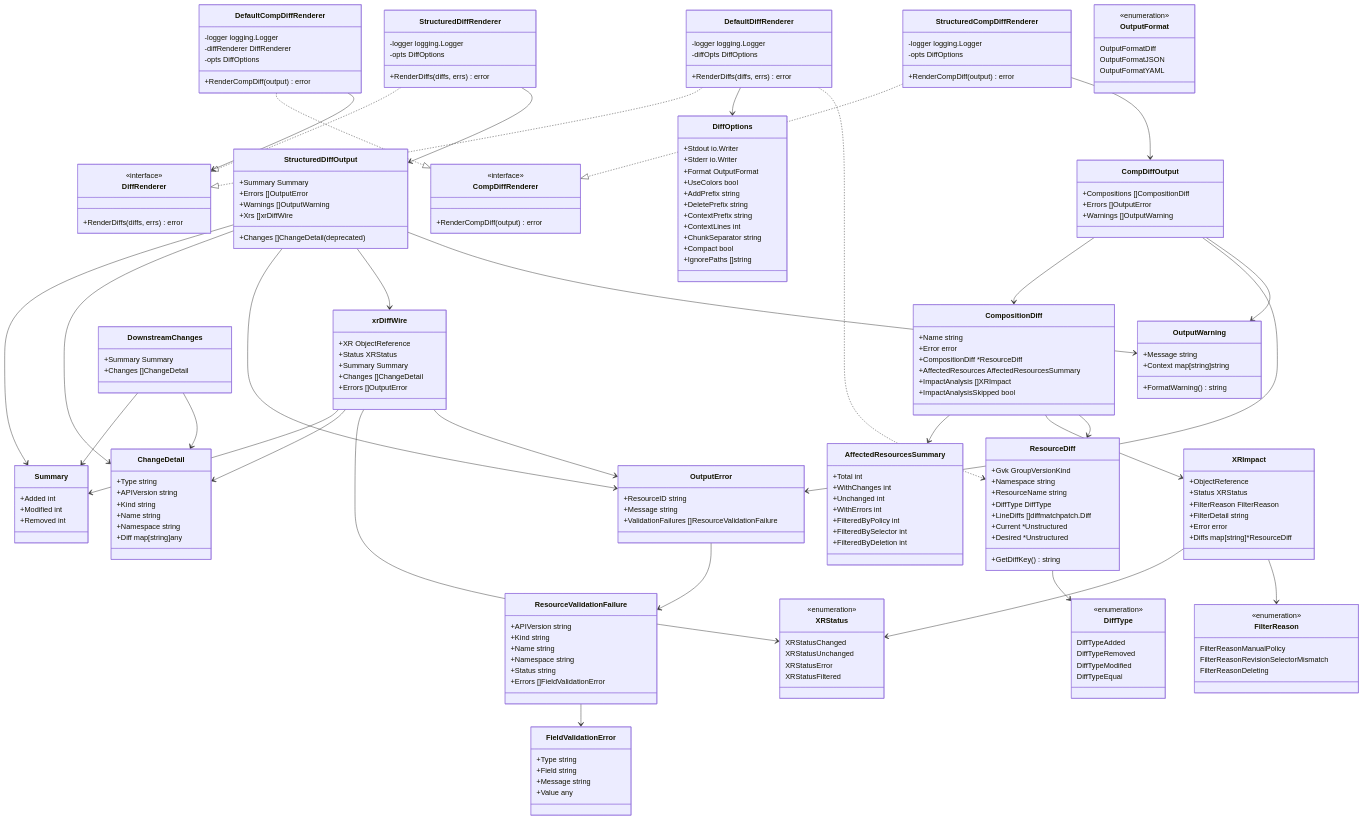
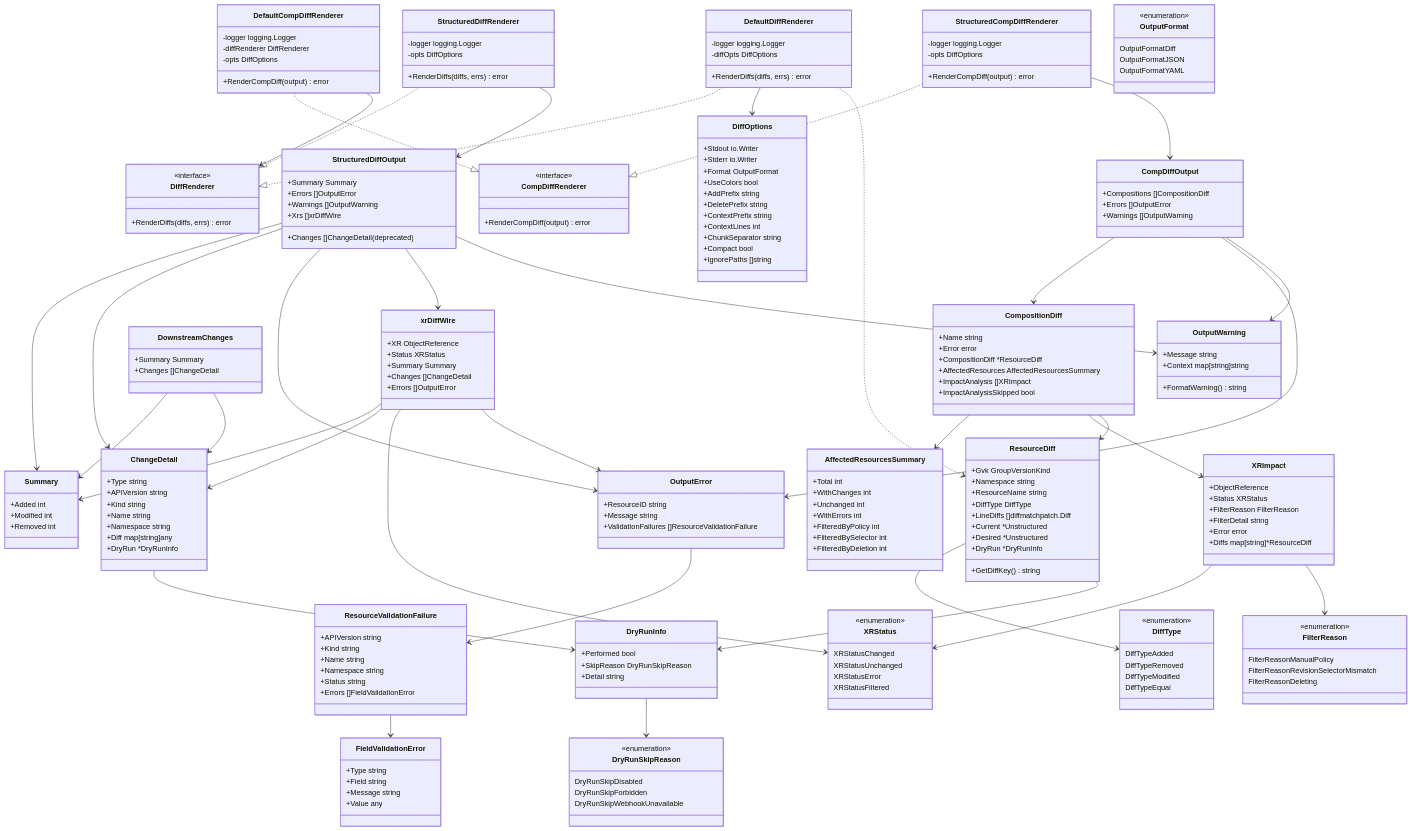
Before and after one commit to crossplane-contrib/crossplane-diff: the diagram in design/design-doc-cli-diff/diff-rendering-architecture.mermaid, drawn with Mermaid. The commit also changed 11 other files, not shown here.

```diff
--- a/design/design-doc-cli-diff/diff-rendering-architecture.mermaid
+++ b/design/design-doc-cli-diff/diff-rendering-architecture.mermaid
@@ -85,6 +85,7 @@
         +Name string
         +Namespace string
         +Diff map[string]any
+        +DryRun *DryRunInfo
     }
 
     class CompDiffOutput {
@@ -177,6 +178,7 @@
         +LineDiffs []diffmatchpatch.Diff
         +Current *Unstructured
         +Desired *Unstructured
+        +DryRun *DryRunInfo
         +GetDiffKey() string
     }
 
@@ -186,6 +188,19 @@
         DiffTypeRemoved
         DiffTypeModified
         DiffTypeEqual
+    }
+
+    class DryRunInfo {
+        +Performed bool
+        +SkipReason DryRunSkipReason
+        +Detail string
+    }
+
+    class DryRunSkipReason {
+        <<enumeration>>
+        DryRunSkipDisabled
+        DryRunSkipForbidden
+        DryRunSkipWebhookUnavailable
     }
 
     DefaultDiffRenderer ..|> DiffRenderer
@@ -222,3 +237,6 @@
     DownstreamChanges --> ChangeDetail
 
     ResourceDiff --> DiffType
+    ResourceDiff --> DryRunInfo
+    ChangeDetail --> DryRunInfo
+    DryRunInfo --> DryRunSkipReason
```
